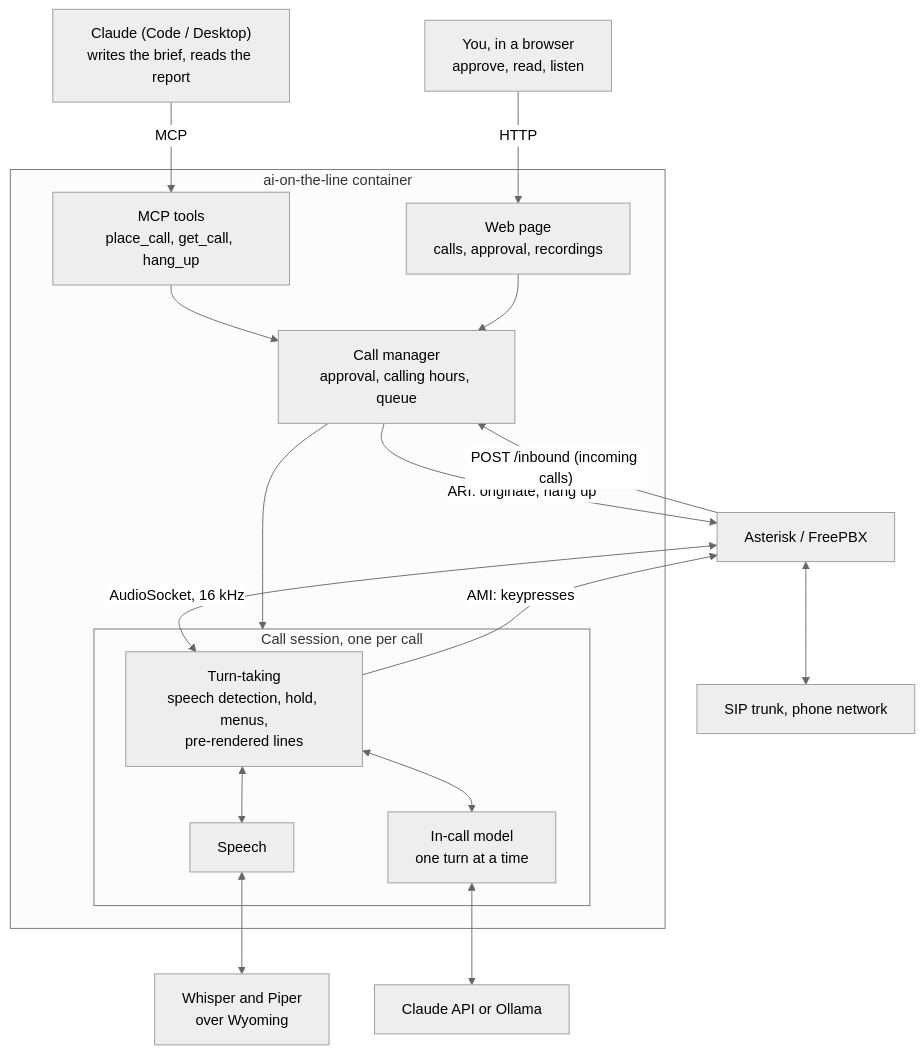
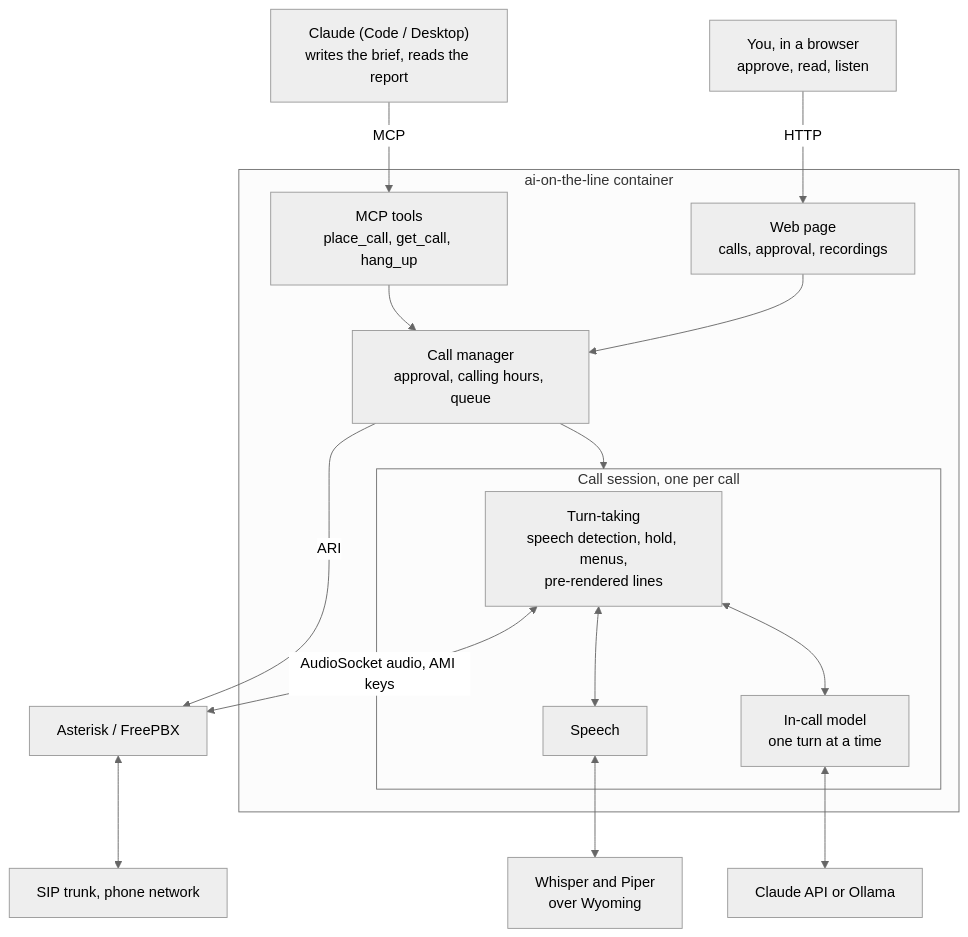
One commit to darek-margas/ai-on-the-line changed the first of 2 diagrams in README.md. Above: the diagram before and after it, drawn with Mermaid (neutral theme). The commit also changed other lines of this file, not shown here.

Commit message:
README: untangle the Asterisk edges in the structure diagram
Four labelled edges crossed around Asterisk. Now it's ARI from the call manager and audio plus keys from the session; incoming calls are described in the text instead.

````diff
--- a/README.md
+++ b/README.md
@@ -66,34 +66,32 @@
 ```mermaid
 flowchart TB
   claude["Claude (Code / Desktop)<br/>writes the brief, reads the report"]
   you["You, in a browser<br/>approve, read, listen"]
   subgraph container["ai-on-the-line container"]
     mcp["MCP tools<br/>place_call, get_call, hang_up"]
     web["Web page<br/>calls, approval, recordings"]
     mgr["Call manager<br/>approval, calling hours, queue"]
     subgraph session["Call session, one per call"]
       turn["Turn-taking<br/>speech detection, hold, menus,<br/>pre-rendered lines"]
       speech["Speech"]
       model["In-call model<br/>one turn at a time"]
     end
   end
   asterisk["Asterisk / FreePBX"]
   wyoming["Whisper and Piper<br/>over Wyoming"]
   llm["Claude API or Ollama"]
   pstn["SIP trunk, phone network"]
 
   claude -->|MCP| mcp
   you -->|HTTP| web
   mcp --> mgr
   web --> mgr
-  mgr -->|"ARI: originate, hang up"| asterisk
-  asterisk -->|"POST /inbound (incoming calls)"| mgr
   mgr --> session
-  asterisk <-->|"AudioSocket, 16 kHz"| turn
-  turn -->|"AMI: keypresses"| asterisk
+  mgr -->|ARI| asterisk
+  turn <-->|"AudioSocket audio, AMI keys"| asterisk
   turn <--> speech
   speech <--> wyoming
   turn <--> model
   model <--> llm
   asterisk <--> pstn
 ```
````
